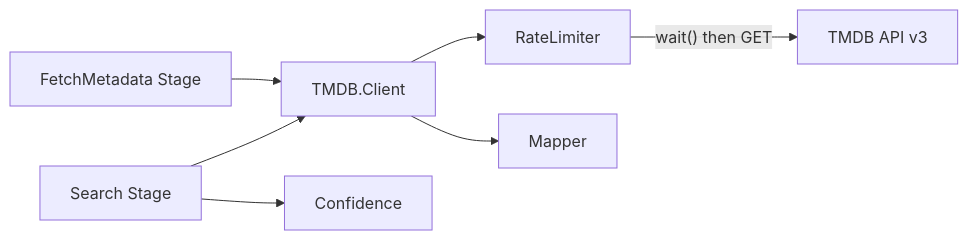
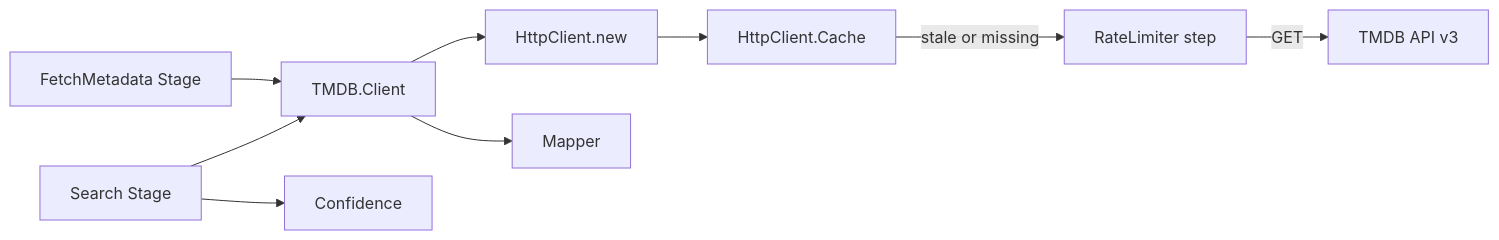
The diagram in docs/tmdb.md (media-centaur/media-centaur), drawn with Mermaid before and after one commit. The commit also changed other lines of this file and 27 other files, not shown here.

First line of the commit message:
feat(status): Connections tile reports every upstream; MC0029 pins the HTTP seam

````diff
--- a/docs/tmdb.md
+++ b/docs/tmdb.md
@@ -15,9 +15,11 @@
 ```mermaid
 graph LR
     Search[Search Stage] --> Client
     Fetch[FetchMetadata Stage] --> Client
-    Client[TMDB.Client] --> RL[RateLimiter]
-    RL -->|"wait() then GET"| API[TMDB API v3]
+    Client[TMDB.Client] --> Seam[HttpClient.new]
+    Seam --> Cache[HttpClient.Cache]
+    Cache -->|"stale or missing"| RL[RateLimiter step]
+    RL -->|GET| API[TMDB API v3]
     Client --> Mapper[Mapper]
     Search --> Confidence[Confidence]
 ```
````
